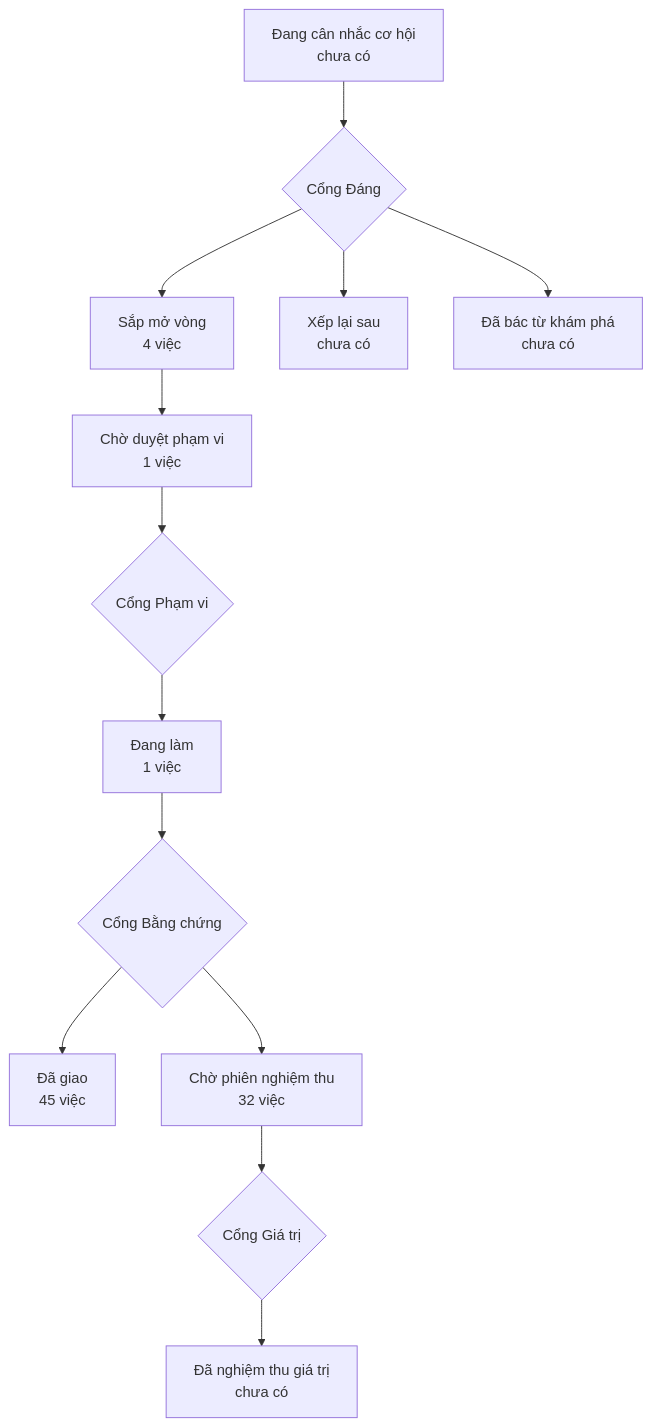
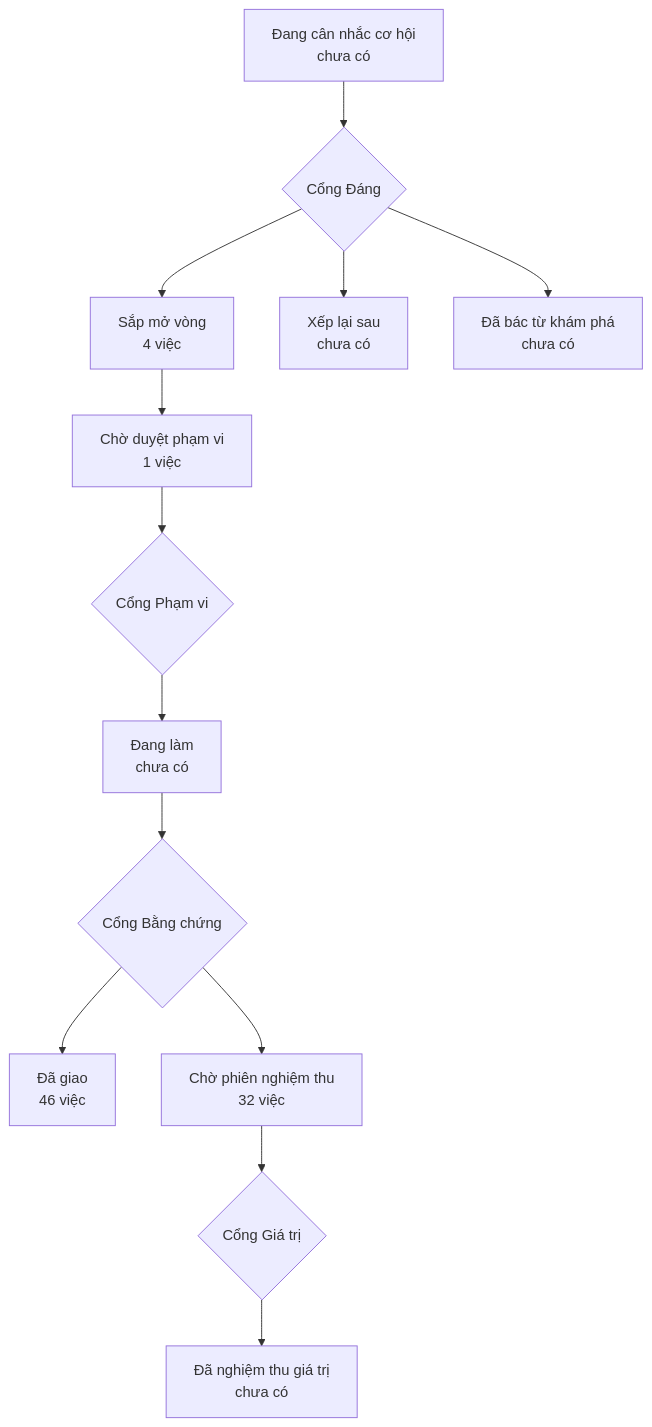
One commit to phanlemanh/onehub-invest changed the diagram in PRODUCT-MAP.md. Above: the diagram before and after it, drawn with Mermaid. The commit also changed other lines of this file and 7 other files, not shown here.

Commit message:
Gate 2 signoff: snapshot-nguyen-tu — Mạnh (+ thẻ, trang bằng chứng)

````diff
--- a/PRODUCT-MAP.md
+++ b/PRODUCT-MAP.md
@@ -7,12 +7,12 @@
 ```mermaid
 flowchart TD
   A["Đang cân nhắc cơ hội<br/>chưa có"] --> GD{"Cổng Đáng"}
   GD --> B["Sắp mở vòng<br/>4 việc"]
   GD --> XL["Xếp lại sau<br/>chưa có"]
   GD --> DB["Đã bác từ khám phá<br/>chưa có"]
   B --> CD["Chờ duyệt phạm vi<br/>1 việc"] --> GP{"Cổng Phạm vi"}
-  GP --> DL["Đang làm<br/>1 việc"] --> GB{"Cổng Bằng chứng"}
-  GB --> DG["Đã giao<br/>45 việc"]
+  GP --> DL["Đang làm<br/>chưa có"] --> GB{"Cổng Bằng chứng"}
+  GB --> DG["Đã giao<br/>46 việc"]
   GB --> CN["Chờ phiên nghiệm thu<br/>32 việc"] --> GG{"Cổng Giá trị"}
   GG --> NT["Đã nghiệm thu giá trị<br/>chưa có"]
 ```
````
